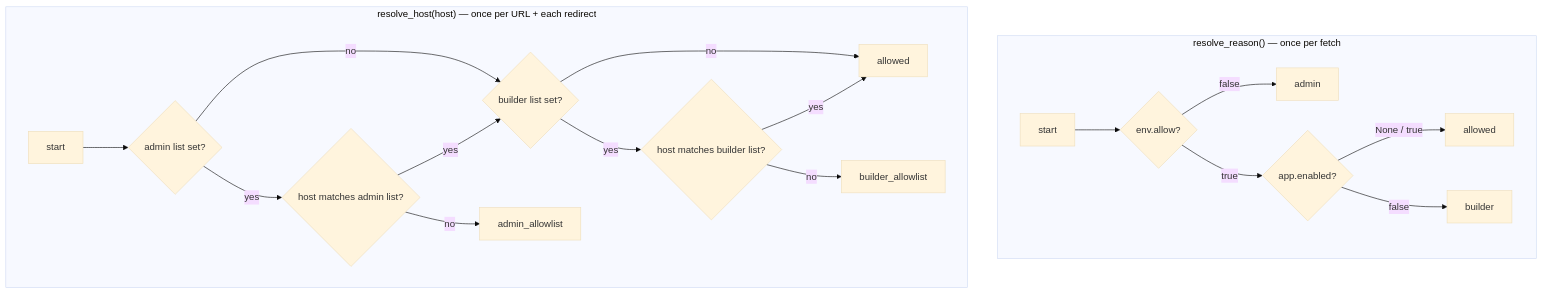
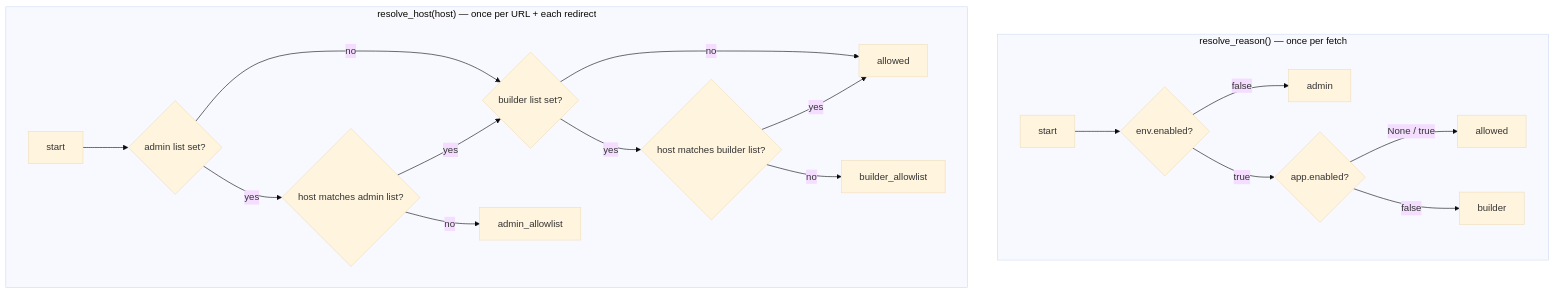
Before and after one commit to epam/ai-dial-quickapps-backend: the third of 3 diagrams in docs/designs/external_url_attachments.md, drawn with Mermaid (base theme). The commit also changed other lines of this file and 12 other files, not shown here.

````diff
--- a/docs/designs/external_url_attachments.md
+++ b/docs/designs/external_url_attachments.md
@@ -399,22 +399,22 @@
 ```mermaid
 flowchart TD
     subgraph Gate["resolve_reason() — once per fetch"]
-        A["start"] --> B{"env.allow?"}
+        A["start"] --> B{"env.enabled?"}
         B -->|"false"| F["admin"]
         B -->|"true"| C{"app.enabled?"}
         C -->|"None / true"| TG["allowed"]
         C -->|"false"| D["builder"]
     end
 
     subgraph Host["resolve_host(host) — once per URL + each redirect"]
         H["start"] --> AA{"admin list set?"}
         AA -->|"no"| BB{"builder list set?"}
         AA -->|"yes"| AM{"host matches admin list?"}
         AM -->|"no"| AR["admin_allowlist"]
         AM -->|"yes"| BB
         BB -->|"no"| TH["allowed"]
         BB -->|"yes"| BM{"host matches builder list?"}
         BM -->|"no"| BR["builder_allowlist"]
         BM -->|"yes"| TH
     end
 ```
````
